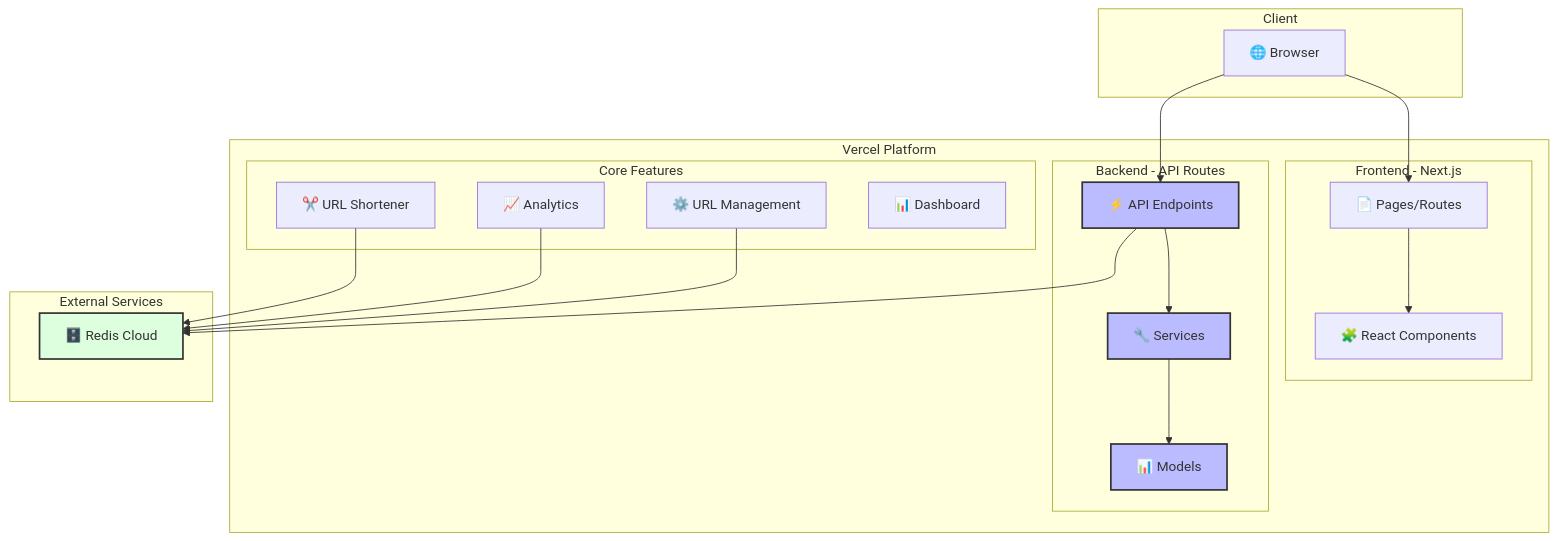
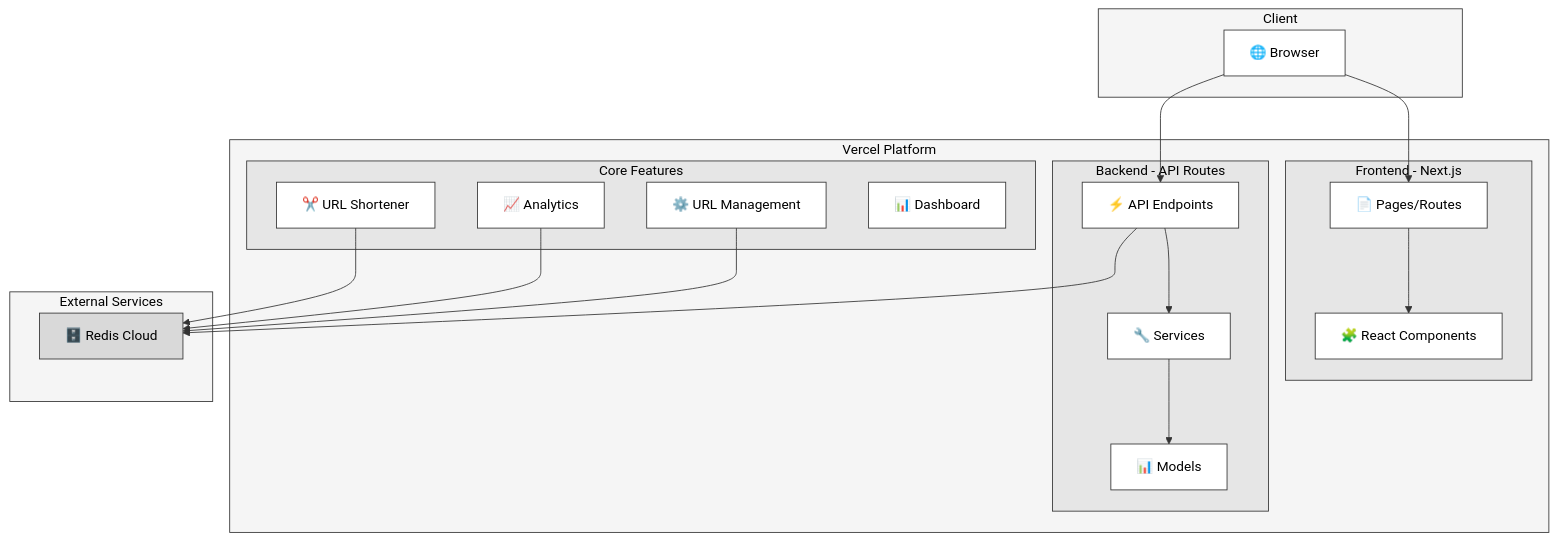
Before and after one commit to guiofsaints/gshort: the diagram in README.md, drawn with Mermaid.

Commit message:
docs: update mermaid color

````diff
--- a/README.md
+++ b/README.md
@@ -20,49 +20,63 @@
 ```mermaid
 graph TD
-    subgraph Client
+    %% Node definitions with explicit color styling
+    subgraph Client[" Client "]
+        style Client fill:#f5f5f5,stroke:#333,color:#000
         Browser["🌐 Browser"]
+        style Browser fill:#fff,stroke:#333,color:#000
     end
 
-    subgraph "Vercel Platform"
-        subgraph "Frontend - Next.js"
+    subgraph Vercel[" Vercel Platform "]
+        style Vercel fill:#f5f5f5,stroke:#333,color:#000
+
+        subgraph Frontend[" Frontend - Next.js "]
+            style Frontend fill:#e6e6e6,stroke:#333,color:#000
             Pages["📄 Pages/Routes"]
             Components["🧩 React Components"]
+            style Pages fill:#fff,stroke:#333,color:#000
+            style Components fill:#fff,stroke:#333,color:#000
             Pages --> Components
         end
 
-        subgraph "Backend - API Routes"
+        subgraph Backend[" Backend - API Routes "]
+            style Backend fill:#e6e6e6,stroke:#333,color:#000
             API["⚡ API Endpoints"]
             Services["🔧 Services"]
             Models["📊 Models"]
+            style API fill:#fff,stroke:#333,color:#000
+            style Services fill:#fff,stroke:#333,color:#000
+            style Models fill:#fff,stroke:#333,color:#000
 
             API --> Services
             Services --> Models
         end
 
-        subgraph "Core Features"
+        subgraph Features[" Core Features "]
+            style Features fill:#e6e6e6,stroke:#333,color:#000
             URLShortener["✂️ URL Shortener"]
             Analytics["📈 Analytics"]
             URLManagement["⚙️ URL Management"]
             Dashboard["📊 Dashboard"]
+            style URLShortener fill:#fff,stroke:#333,color:#000
+            style Analytics fill:#fff,stroke:#333,color:#000
+            style URLManagement fill:#fff,stroke:#333,color:#000
+            style Dashboard fill:#fff,stroke:#333,color:#000
         end
     end
 
-    subgraph "External Services"
+    subgraph External[" External Services "]
+        style External fill:#f5f5f5,stroke:#333,color:#000
         Redis["🗄️ Redis Cloud"]
+        style Redis fill:#d9d9d9,stroke:#333,color:#000
     end
 
     Browser --> Pages
     Browser --> API
     URLShortener --> Redis
     Analytics --> Redis
     URLManagement --> Redis
     API --> Redis
 
-    classDef platform fill:#f9f,stroke:#333,stroke-width:2px
-    classDef service fill:#bbf,stroke:#333,stroke-width:2px
-    classDef database fill:#dfd,stroke:#333,stroke-width:2px
-
-    class Vercel platform
-    class API,Services,Models service
-    class Redis database
+    %% Estilo das linhas
+    linkStyle default stroke:#333,stroke-width:1px
 ```
````
